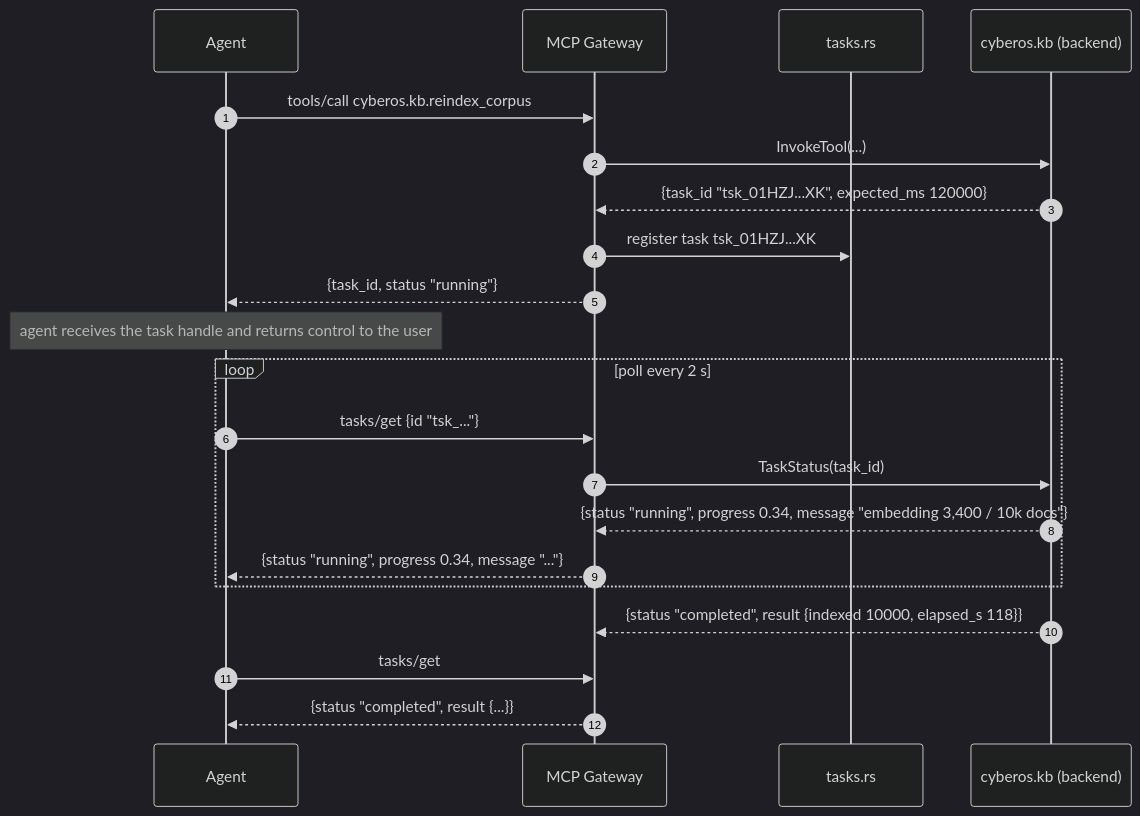
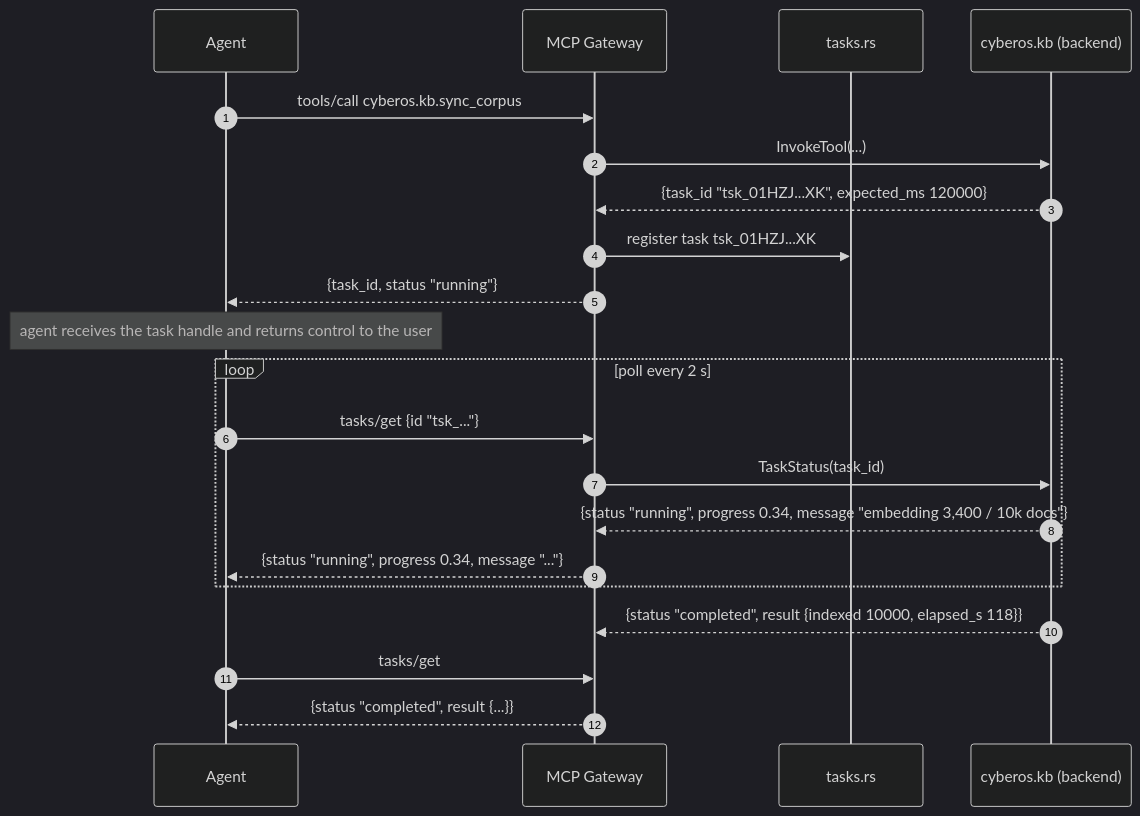
Before and after one commit to cyberskill-official/cyberos: the eighth of 11 diagrams in services/mcp-gateway/docs/index.md, drawn with Mermaid (dark theme). The commit also changed other lines of this file and 20 other files, not shown here.

````diff
--- a/services/mcp-gateway/docs/index.md
+++ b/services/mcp-gateway/docs/index.md
@@ -660,23 +654,23 @@
 ```mermaid
 sequenceDiagram
   autonumber
   participant A as Agent
   participant G as MCP Gateway
   participant T as tasks.rs
   participant BG as cyberos.kb (backend)
-  A->>G: tools/call cyberos.kb.reindex_corpus
+  A->>G: tools/call cyberos.kb.sync_corpus
   G->>BG: InvokeTool(...)
   BG-->>G: {task_id "tsk_01HZJ...XK", expected_ms 120000}
   G->>T: register task tsk_01HZJ...XK
   G-->>A: {task_id, status "running"}
   Note over A: agent receives the task handle and returns control to the user
   loop poll every 2 s
     A->>G: tasks/get {id "tsk_..."}
     G->>BG: TaskStatus(task_id)
     BG-->>G: {status "running", progress 0.34, message "embedding 3,400 / 10k docs"}
     G-->>A: {status "running", progress 0.34, message "..."}
   end
   BG-->>G: {status "completed", result {indexed 10000, elapsed_s 118}}
   A->>G: tasks/get
   G-->>A: {status "completed", result {...}}
 ```
````
